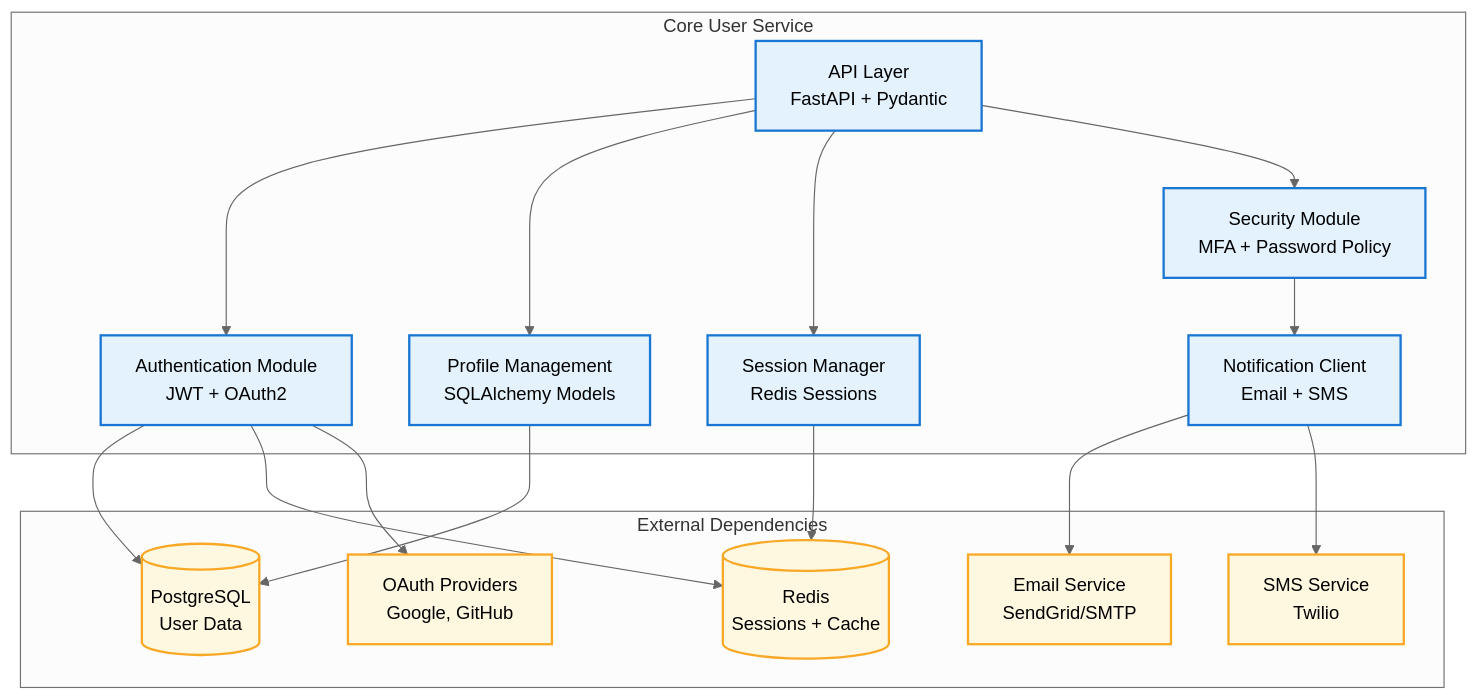
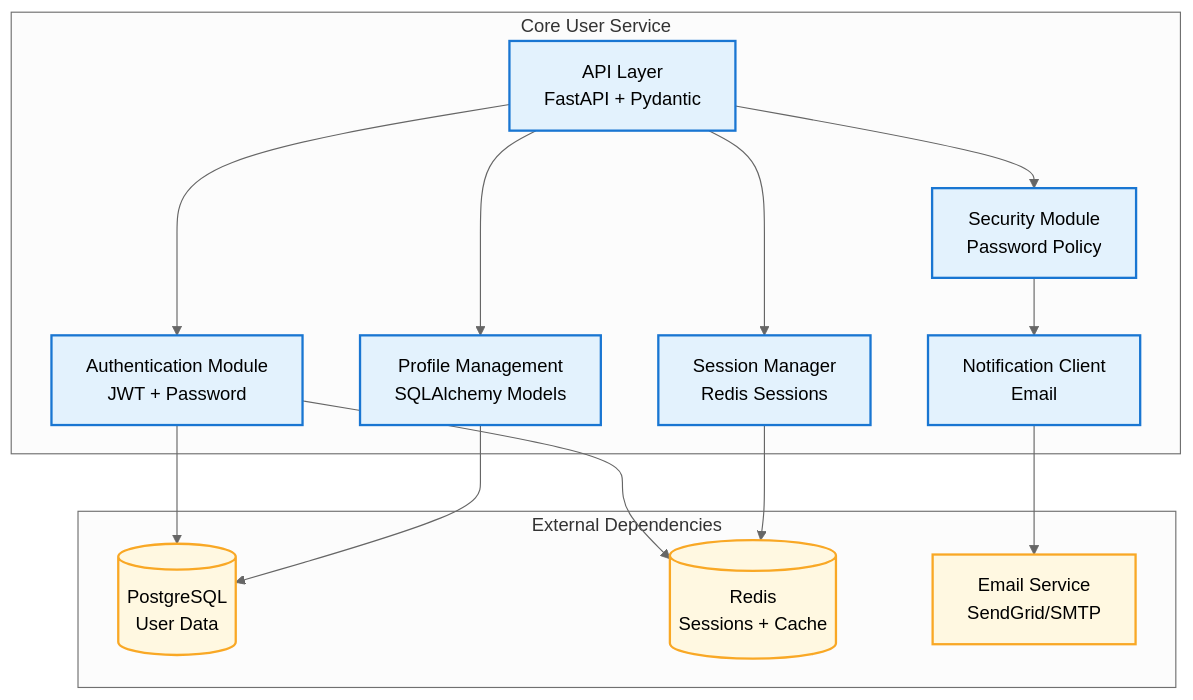
Before and after one commit to VisioBook-ESP/docs-architecture: the first of 4 diagrams in docs/api/core-user-service.md, drawn with Mermaid (neutral theme). The commit also changed other lines of this file and 3 other files, not shown here.

Commit message:
removed mfa and oauth and cdn

````diff
--- a/docs/api/core-user-service.md
+++ b/docs/api/core-user-service.md
@@ -23,38 +23,34 @@
 ```mermaid
 graph TB
     subgraph "Core User Service"
         API[API Layer<br/>FastAPI + Pydantic]
-        AUTH[Authentication Module<br/>JWT + OAuth2]
+        AUTH[Authentication Module<br/>JWT + Password]
         PROFILE[Profile Management<br/>SQLAlchemy Models]
         SESSION[Session Manager<br/>Redis Sessions]
-        SECURITY[Security Module<br/>MFA + Password Policy]
-        NOTIFICATION[Notification Client<br/>Email + SMS]
+        SECURITY[Security Module<br/>Password Policy]
+        NOTIFICATION[Notification Client<br/>Email]
     end
 
     subgraph "External Dependencies"
         DB[(PostgreSQL<br/>User Data)]
         REDIS[(Redis<br/>Sessions + Cache)]
         EMAIL[Email Service<br/>SendGrid/SMTP]
-        SMS[SMS Service<br/>Twilio]
-        OAUTH[OAuth Providers<br/>Google, GitHub]
     end
 
     API --> AUTH
     API --> PROFILE
     API --> SESSION
     API --> SECURITY
     AUTH --> DB
     AUTH --> REDIS
     SESSION --> REDIS
     PROFILE --> DB
     SECURITY --> NOTIFICATION
     NOTIFICATION --> EMAIL
-    NOTIFICATION --> SMS
-    AUTH --> OAUTH
 
     classDef service fill:#e3f2fd,stroke:#1976d2,stroke-width:2px
     classDef external fill:#fff8e1,stroke:#f9a825,stroke-width:2px
 
     class API,AUTH,PROFILE,SESSION,SECURITY,NOTIFICATION service
-    class DB,REDIS,EMAIL,SMS,OAUTH external
+    class DB,REDIS,EMAIL external
 ```
````
